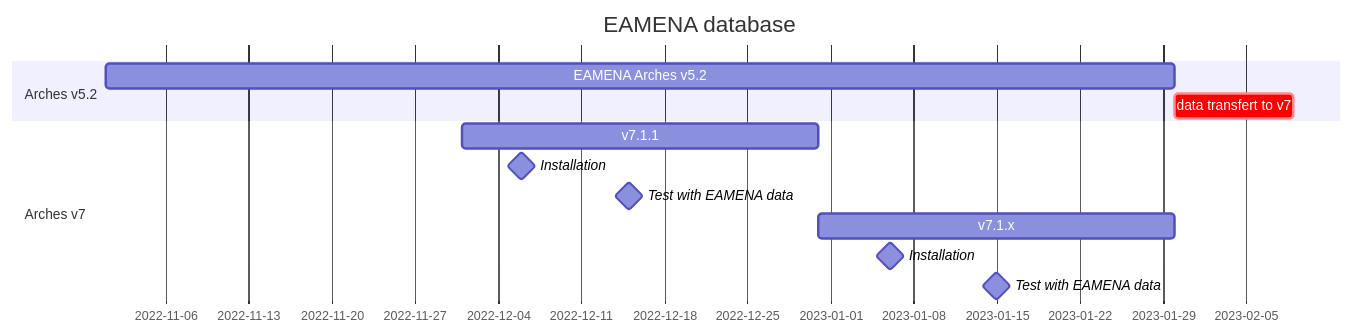
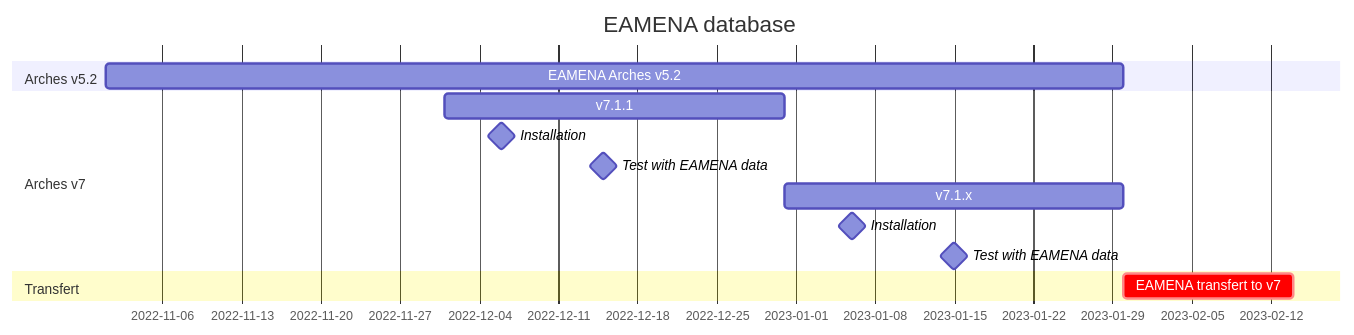
The first of 2 diagrams in dbs/database.eamena/README.md (eamena-project/eamena-arches-dev), drawn with Mermaid before and after one commit.

Commit message:
workflow Arches v5 v7

````diff
--- a/dbs/database.eamena/README.md
+++ b/dbs/database.eamena/README.md
@@ -5,15 +5,16 @@
 ```mermaid
 gantt
     title EAMENA database
     dateFormat  YYYY-MM-DD
     section Arches v5.2
     EAMENA Arches v5.2       : a0, 2022-11-01, 90d
-    data transfert to v7     : crit, after a0, 10d
     section Arches v7
     v7.1.1                   : a1, 2022-12-01, 30d
     Installation             : milestone, m0, 2022-12-01, 10d
     Test with EAMENA data    : milestone, m1, 2022-12-10, 10d
     v7.1.x                   : after a1, 30d
     Installation             : milestone, m2, 2023-01-01, 10d
     Test with EAMENA data    : milestone, m3, 2023-01-10, 10d
+    section Transfert
+    EAMENA transfert to v7   : crit, after a0, 15d
 ```
````
